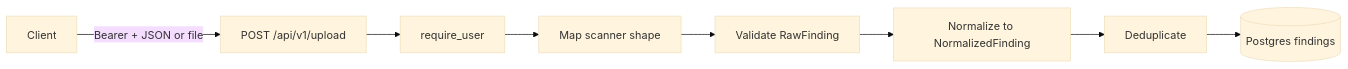
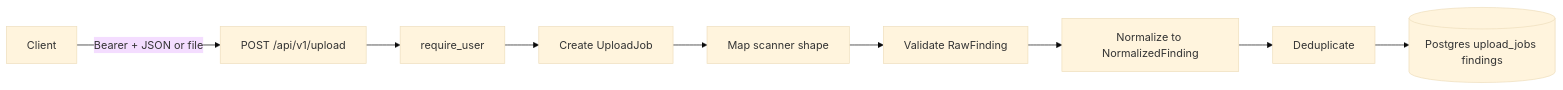
One commit to protektiq/helion changed the second of 8 diagrams in data_flow_diagram.md. Above: the diagram before and after it, drawn with Mermaid (base theme). The commit also changed other lines of this file and 656 other files, not shown here.

Commit message:
Add an Upload Job pipeline + move heavy clustering to a Rust engine (fast + correct + scalable)

````diff
--- a/data_flow_diagram.md
+++ b/data_flow_diagram.md
@@ -34,18 +34,20 @@
 ```mermaid
 flowchart LR
   Client[Client]
   Upload[POST /api/v1/upload]
   Auth[require_user]
+  CreateJob[Create UploadJob]
   Map[Map scanner shape]
   Validate[Validate RawFinding]
   Normalize[Normalize to NormalizedFinding]
   Dedupe[Deduplicate]
-  DB[(Postgres findings)]
+  DB[(Postgres upload_jobs findings)]
   Client -->|"Bearer + JSON or file"| Upload
   Upload --> Auth
-  Auth --> Map
+  Auth --> CreateJob
+  CreateJob --> Map
   Map --> Validate
   Validate --> Normalize
   Normalize --> Dedupe
   Dedupe --> DB
 ```
````
